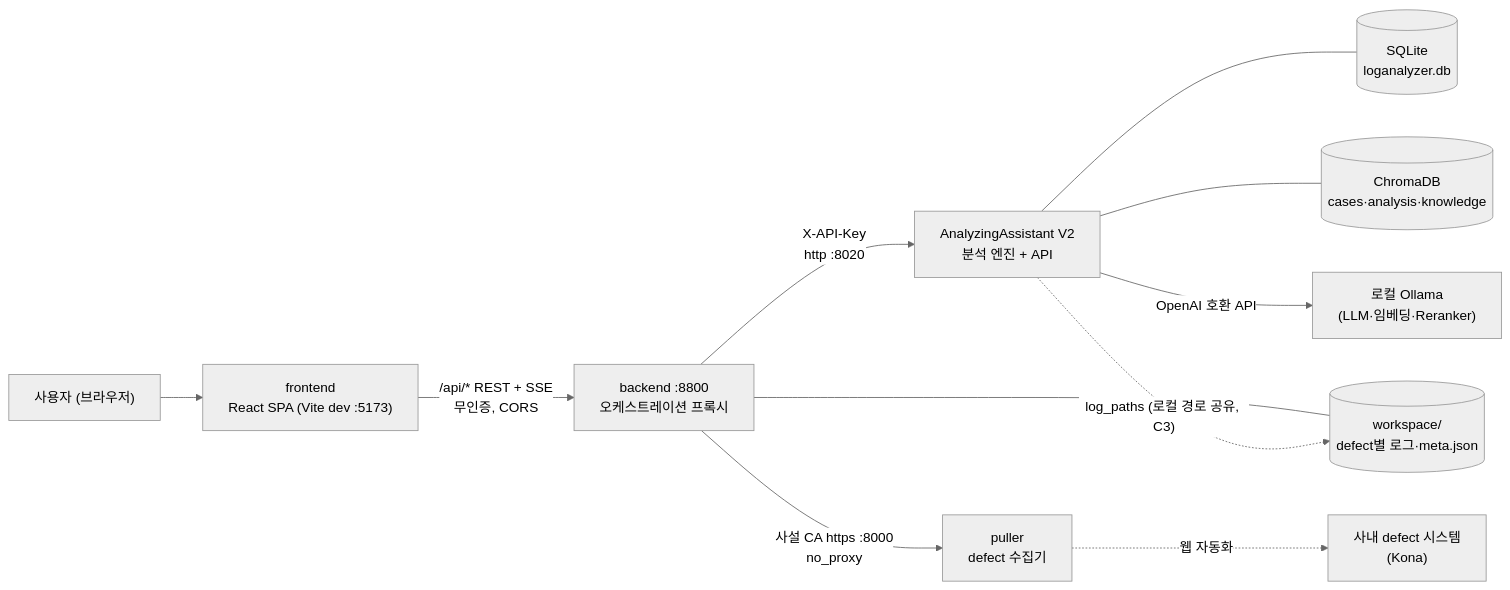
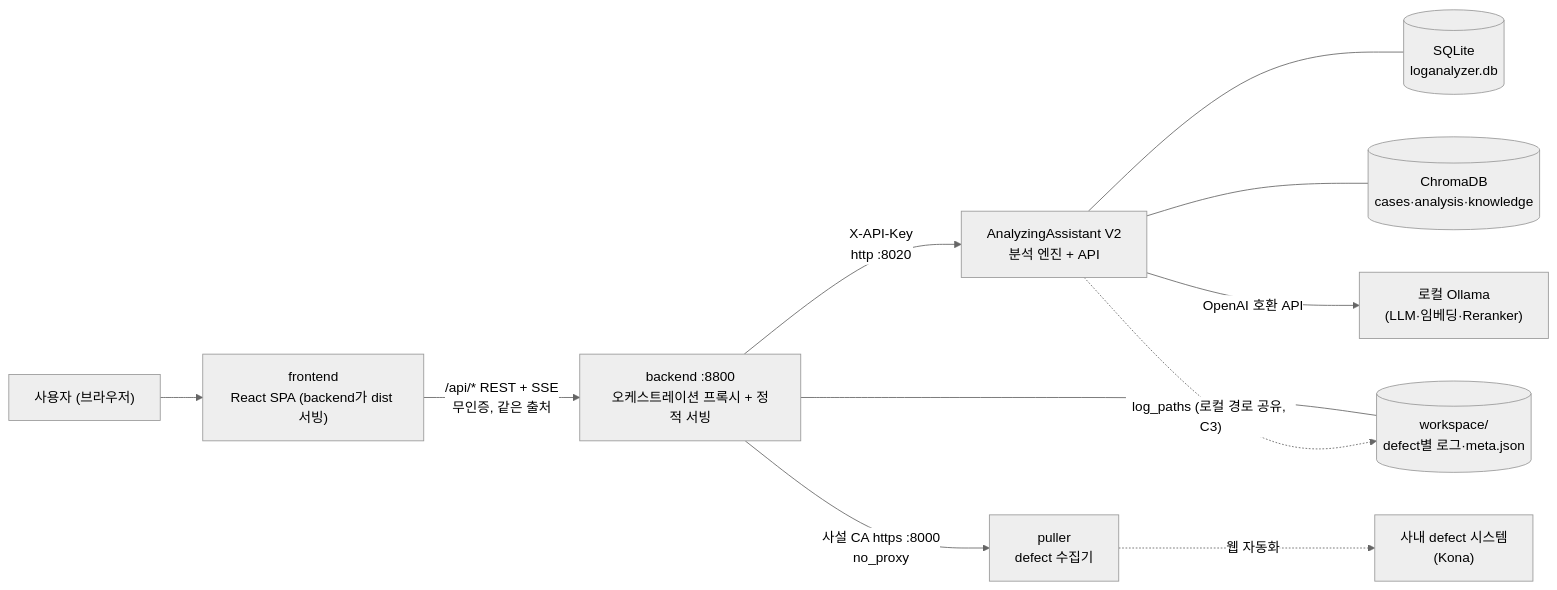
One commit to milkywood-ted/LogAA changed the diagram in Document/Technical_Design/LogAA 시스템 기술 설계서.md. Above: the diagram before and after it, drawn with Mermaid (neutral theme). The commit also changed other lines of this file and 7 other files, not shown here.

First line of the commit message:
feat: serve frontend build from backend (frontend §9-5·§9-8 해소, C안)

````diff
--- a/Document/Technical_Design/LogAA 시스템 기술 설계서.md
+++ b/Document/Technical_Design/LogAA 시스템 기술 설계서.md
@@ -53,13 +53,13 @@
 ```mermaid
 flowchart LR
-    U["사용자 (브라우저)"] --> FE["frontend<br/>React SPA (Vite dev :5173)"]
-    FE -->|"/api/* REST + SSE<br/>무인증, CORS"| BE["backend :8800<br/>오케스트레이션 프록시"]
+    U["사용자 (브라우저)"] --> FE["frontend<br/>React SPA (backend가 dist 서빙)"]
+    FE -->|"/api/* REST + SSE<br/>무인증, 같은 출처"| BE["backend :8800<br/>오케스트레이션 프록시 + 정적 서빙"]
     BE -->|"X-API-Key<br/>http :8020"| AA["AnalyzingAssistant V2<br/>분석 엔진 + API"]
     BE -->|"사설 CA https :8000<br/>no_proxy"| PU["puller<br/>defect 수집기"]
     PU -.->|웹 자동화| DS["사내 defect 시스템<br/>(Kona)"]
     BE --- WS[("workspace/<br/>defect별 로그·meta.json")]
     AA --- DB[("SQLite<br/>loganalyzer.db")]
     AA --- CH[("ChromaDB<br/>cases·analysis·knowledge")]
     AA -->|OpenAI 호환 API| LLM["로컬 Ollama<br/>(LLM·임베딩·Reranker)"]
     AA -.->|"log_paths (로컬 경로 공유, C3)"| WS
 ```
````
